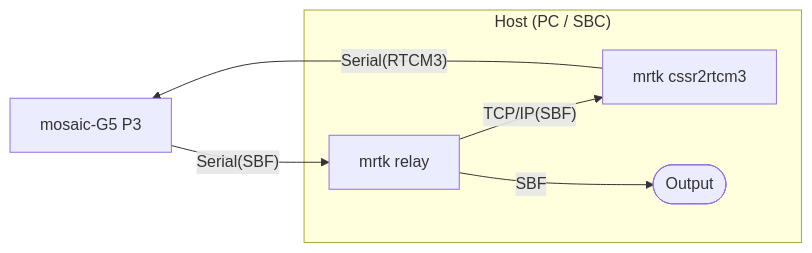
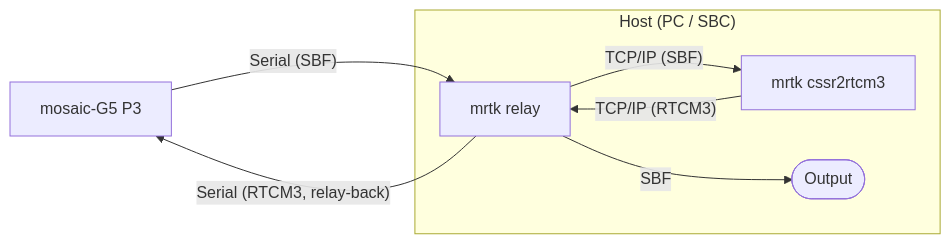
The first of 3 diagrams in docs/hardware/cssr2rtcm3-mosaic-g5.md (hal1278/MRTKLIB), drawn with Mermaid before and after one commit. The commit also changed other lines of this file, not shown here.

Commit message:
docs(hardware): align Overview Approach 1 diagram with single-port relay-back
The Overview's Approach 1 block diagram and step list still showed the
two-port topology (`cssr2rtcm3 --Serial(RTCM3)--> receiver`), contradicting
the single bidirectional-port "Running — Approach 1" section updated earlier
in this PR. Update the Overview mermaid and steps so RTCM3 returns to
`mrtk relay` over the TCP loopback and `relay -b` feeds it back over the one
serial port.

The 24 h endurance "Block Diagram" (a dated two-port session) is left
unchanged as a historical record.

````diff
--- a/docs/hardware/cssr2rtcm3-mosaic-g5.md
+++ b/docs/hardware/cssr2rtcm3-mosaic-g5.md
@@ -50,9 +50,10 @@
 ```mermaid
 flowchart LR
-    A["mosaic-G5 P3"] -- "Serial(SBF)" --> B["mrtk relay"]
+    A["mosaic-G5 P3"] -- "Serial (SBF)" --> B["mrtk relay"]
     subgraph "Host (PC / SBC)"
-    B -- "TCP/IP(SBF)" --> C["mrtk cssr2rtcm3"]
+    B -- "TCP/IP (SBF)" --> C["mrtk cssr2rtcm3"]
+    C -- "TCP/IP (RTCM3)" --> B
     B -- "SBF" --> D@{ shape: stadium, label: "Output" }
     end
-    C -- "Serial(RTCM3)" --> A
+    B -- "Serial (RTCM3, relay-back)" --> A
 ```
````
